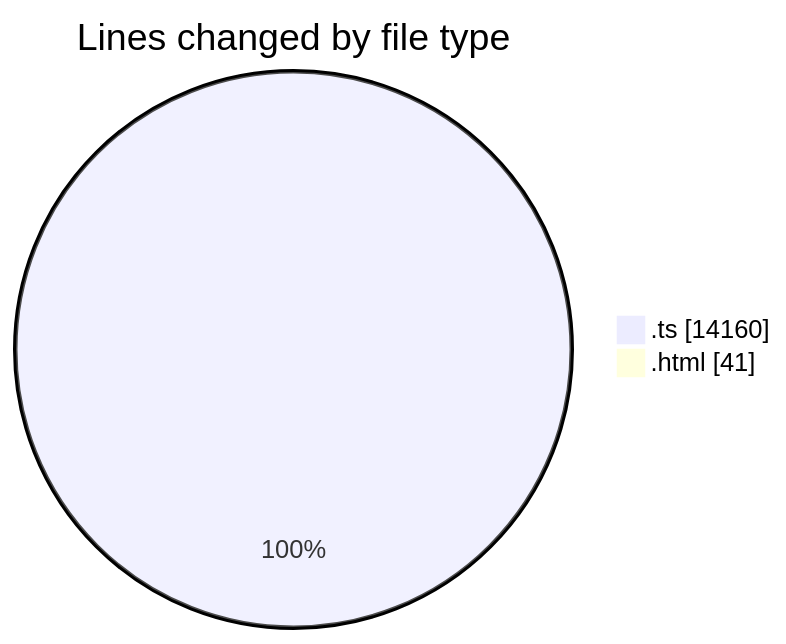
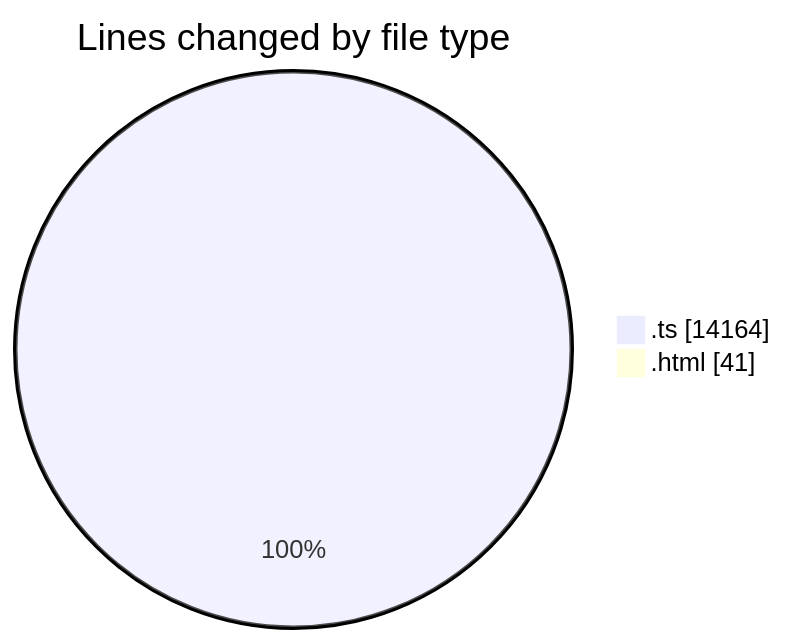
The first of 2 diagrams in 2026-02-08/singularitybrainai/README.md (tmsrecording-cyber/code-tracking), drawn with Mermaid before and after one commit. The commit also changed other lines of this file and 1 other file, not shown here.

````diff
--- a/2026-02-08/singularitybrainai/README.md
+++ b/2026-02-08/singularitybrainai/README.md
@@ -40,6 +40,6 @@
 ```mermaid
 pie showData
 title Lines changed by file type
-".ts" : 14160
+".ts" : 14164
 ".html" : 41
 ```
````
